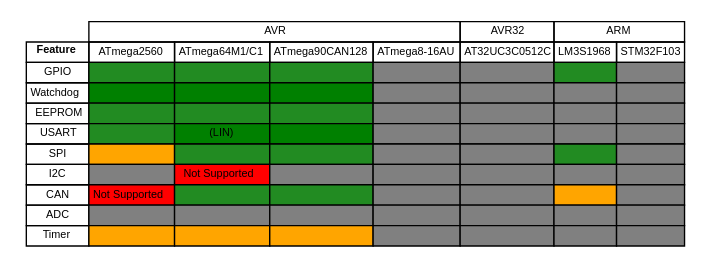
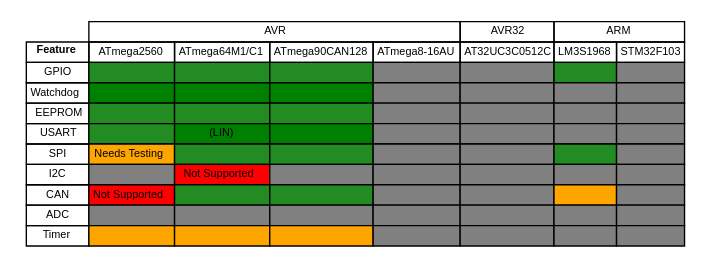
Before and after one commit to Aeronavics/ValleyForge: the diagram in doc/zim-valleyforge/HAL/img/support-table.dot, drawn with Graphviz. The commit also changed 4 other files, not shown here.

```diff
--- a/doc/zim-valleyforge/HAL/img/support-table.dot
+++ b/doc/zim-valleyforge/HAL/img/support-table.dot
@@ -1,123 +1,123 @@
 digraph structs {
 node [shape=plaintext]
 struct1 [label=<
 <FONT POINT-SIZE="8" FACE="sans-serif">
 <TABLE BORDER="0" CELLBORDER="1" CELLSPACING="0" CELLPADDING="2">
 
 <!-- Implemented and Tested: 	green -->
 <!-- Implemented: 		forestgreen -->
 <!-- Work-in-progress: 		orange -->
 <!-- Started: 			skyblue -->
 <!-- Not yet started: 		gray -->
 <!-- Not supported: 		red -->
 
 
 <tr><td color="white"></td>
 	<td colspan="4">AVR</td>
 	<td colspan="1">AVR32</td>
 	<td colspan="2">ARM</td>
 </tr>
 
 <tr><td><b>Feature</b></td>
 	<td>ATmega2560</td>
 	<td>ATmega64M1/C1</td>
 	<td>ATmega90CAN128</td>
 	<td>ATmega8-16AU</td>
 	<td>AT32UC3C0512C</td>
 	<td>LM3S1968</td>
 	<td>STM32F103</td>
 </tr>
 
 <tr><td>GPIO</td>
 	<td bgcolor="forestgreen"></td>
 	<td bgcolor="forestgreen"></td>
 	<td bgcolor="forestgreen"></td>
 	<td bgcolor="gray"></td>
 	<td bgcolor="gray"></td>
 	<td bgcolor="forestgreen"></td>
 	<td bgcolor="gray"></td>
 </tr>
 
 <tr><td>Watchdog</td>
 	<td bgcolor="green"></td>
 	<td bgcolor="green"></td>
 	<td bgcolor="green"></td>
 	<td bgcolor="gray"></td>
 	<td bgcolor="gray"></td>
 	<td bgcolor="gray"></td>
 	<td bgcolor="gray"></td>
 </tr>
 
 <tr><td>EEPROM</td>
 	<td bgcolor="forestgreen"></td>
 	<td bgcolor="forestgreen"></td>
 	<td bgcolor="forestgreen"></td>
 	<td bgcolor="gray"></td>
 	<td bgcolor="gray"></td>
 	<td bgcolor="gray"></td>
 	<td bgcolor="gray"></td>
 </tr>
 
 <tr><td>USART</td>
 	<td bgcolor="forestgreen"></td>
 	<td bgcolor="green">(LIN)</td>
 	<td bgcolor="green"></td>
 	<td bgcolor="gray"></td>
 	<td bgcolor="gray"></td>
 	<td bgcolor="gray"></td>
 	<td bgcolor="gray"></td>
 </tr>
 
 <tr><td>SPI</td>
-	<td bgcolor="orange"></td>
+	<td bgcolor="orange">Needs Testing</td>
 	<td bgcolor="forestgreen"></td>
 	<td bgcolor="forestgreen"></td>
 	<td bgcolor="gray"></td>
 	<td bgcolor="gray"></td>
 	<td bgcolor="forestgreen"></td>
 	<td bgcolor="gray"></td>
 </tr>
 
 <tr><td>I2C</td>
 	<td bgcolor="gray"></td>
 	<td bgcolor="red">Not Supported</td>
 	<td bgcolor="gray"></td>
 	<td bgcolor="gray"></td>
 	<td bgcolor="gray"></td>
 	<td bgcolor="gray"></td>
 	<td bgcolor="gray"></td>
 </tr>
 
 <tr><td>CAN</td>
 	<td bgcolor="red">Not Supported</td>
 	<td bgcolor="forestgreen"></td>
 	<td bgcolor="forestgreen"></td>
 	<td bgcolor="gray"></td>
 	<td bgcolor="gray"></td>
 	<td bgcolor="orange"></td>
 	<td bgcolor="gray"></td>
 </tr>
 
 <tr><td>ADC</td>
 	<td bgcolor="gray"></td>
 	<td bgcolor="gray"></td>
 	<td bgcolor="gray"></td>
 	<td bgcolor="gray"></td>
 	<td bgcolor="gray"></td>
 	<td bgcolor="gray"></td>
 	<td bgcolor="gray"></td>
 </tr>
 
 <tr><td>Timer</td>
 	<td bgcolor="orange"></td>
 	<td bgcolor="orange"></td>
 	<td bgcolor="orange"></td>
 	<td bgcolor="gray"></td>
 	<td bgcolor="gray"></td>
 	<td bgcolor="gray"></td>
 	<td bgcolor="gray"></td>
 </tr>
 
 </TABLE></FONT>
 >];
 }
```
